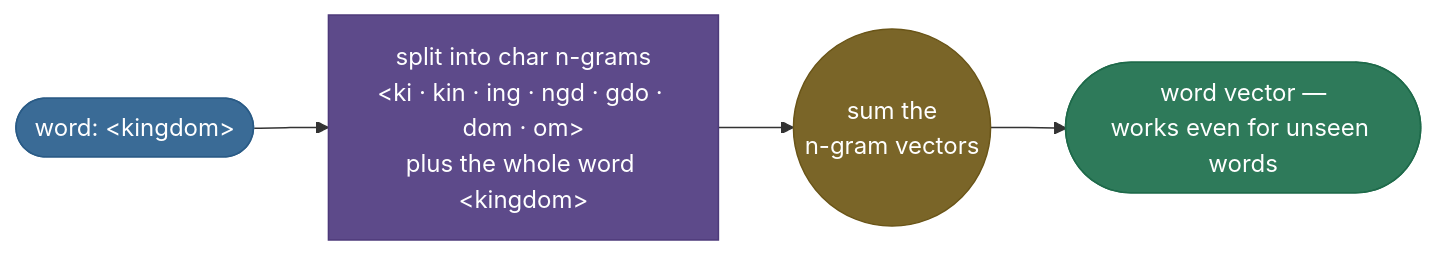
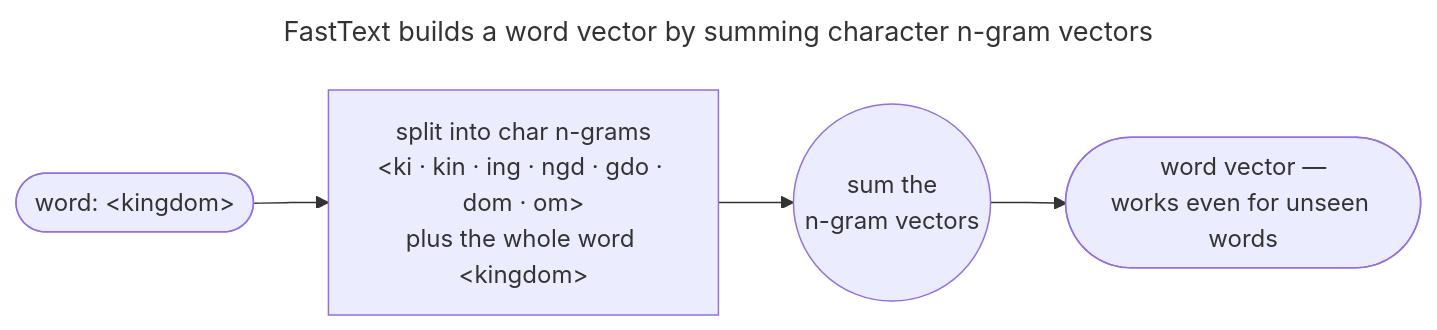
The first of 2 diagrams in multimodal-and-generative-media/natural-language-processing/word-embeddings-word2vec-glove-fasttext/word-embeddings-word2vec-glove-fasttext.md (sudhir13s/ai-ml-learning-resources), drawn with Mermaid before and after one commit. The commit also changed other lines of this file, not shown here.

First line of the commit message:
docs(content): bring word embeddings up to the page standards

````diff
--- a/multimodal-and-generative-media/natural-language-processing/word-embeddings-word2vec-glove-fasttext/word-embeddings-word2vec-glove-fasttext.md
+++ b/multimodal-and-generative-media/natural-language-processing/word-embeddings-word2vec-glove-fasttext/word-embeddings-word2vec-glove-fasttext.md
@@ -252,11 +454,9 @@
 ```mermaid
+---
+title: FastText builds a word vector by summing character n-gram vectors
+---
 graph LR
-    W(["word: &lt;kingdom&gt;"]):::data --> NG["split into char n-grams<br/>&lt;ki · kin · ing · ngd · gdo · dom · om&gt;<br/>plus the whole word &lt;kingdom&gt;"]:::process
-    NG --> SUM(("sum the<br/>n-gram vectors")):::amber
-    SUM --> V(["word vector —<br/>works even for unseen words"]):::out
-
-    classDef data fill:#3A6B96,stroke:#2A5B86,color:#fff
-    classDef process fill:#5D4A8A,stroke:#4D3A7A,color:#fff
-    classDef amber fill:#7A6528,stroke:#6A5518,color:#fff
-    classDef out fill:#2E7A5A,stroke:#1E6A4A,color:#fff
+    W(["word: &lt;kingdom&gt;"]) --> NG["split into char n-grams<br/>&lt;ki · kin · ing · ngd · gdo · dom · om&gt;<br/>plus the whole word &lt;kingdom&gt;"]
+    NG --> SUM(("sum the<br/>n-gram vectors")):::focus
+    SUM --> V(["word vector —<br/>works even for unseen words"])
 ```
````
